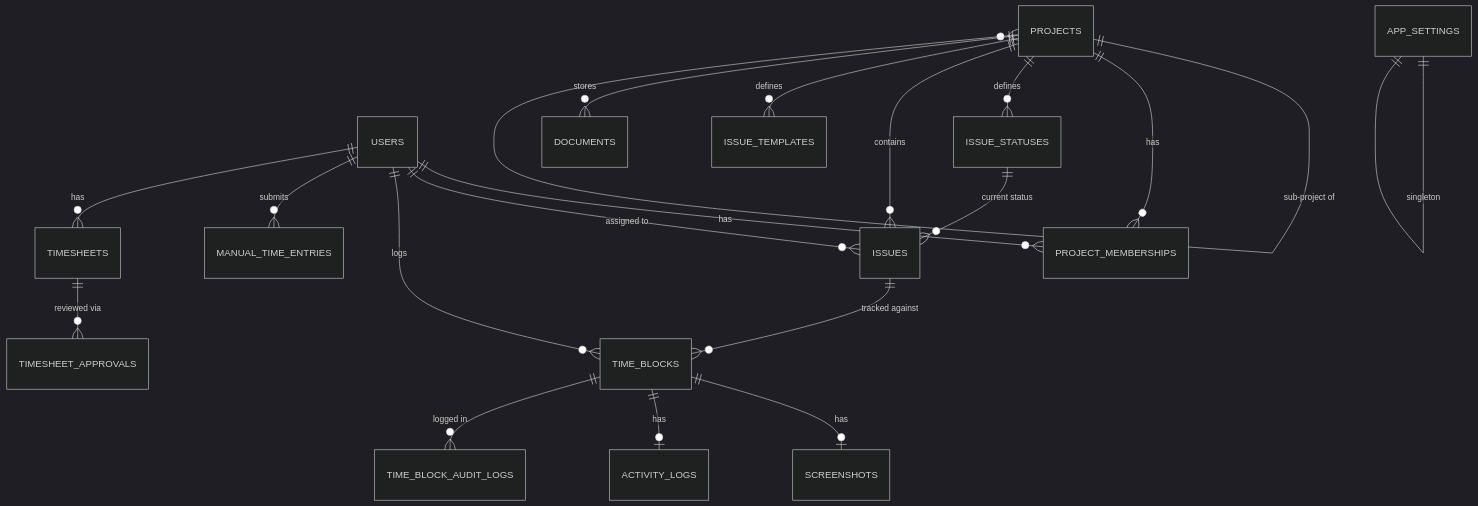
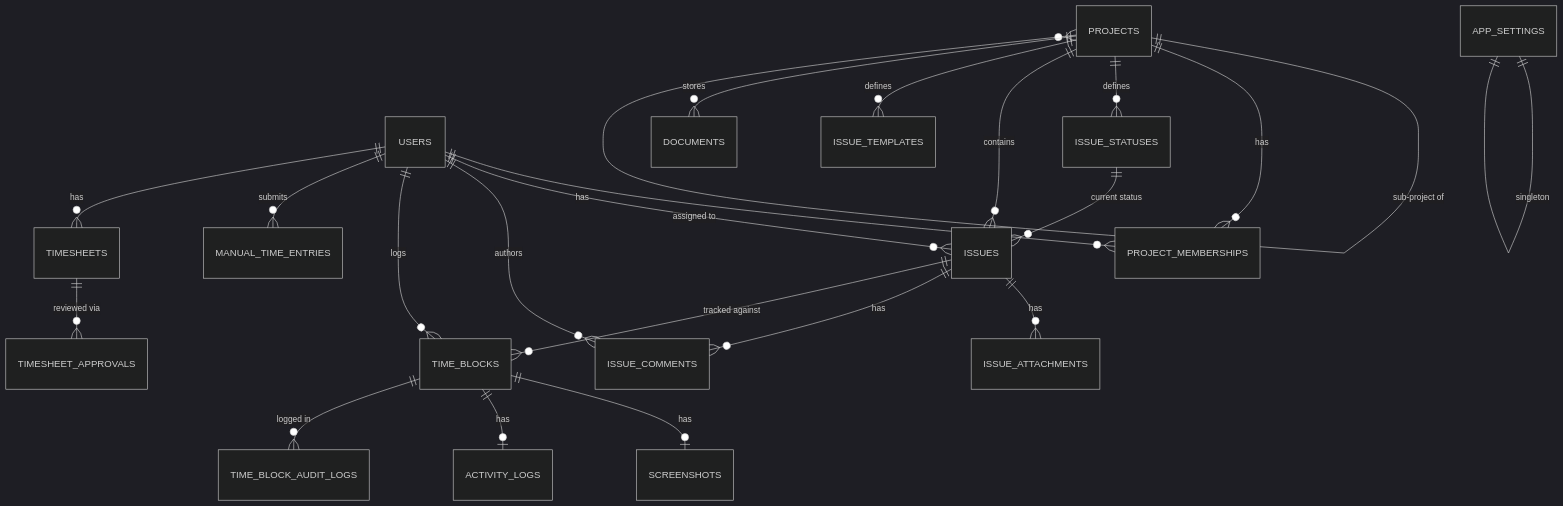
One commit to itshazlan/trackflow changed the third of 11 diagrams in SDD_Lean_Internal.md. Above: the diagram before and after it, drawn with Mermaid (dark theme). The commit also changed other lines of this file and 16 other files, not shown here.

Commit message:
feat: add unique key field to project schema and update related services and tests

````diff
--- a/SDD_Lean_Internal.md
+++ b/SDD_Lean_Internal.md
@@ -184,21 +184,24 @@
 ```mermaid
 erDiagram
     APP_SETTINGS ||--|| APP_SETTINGS : "singleton"
     USERS ||--o{ PROJECT_MEMBERSHIPS : has
     PROJECTS ||--o{ PROJECTS : "sub-project of"
     PROJECTS ||--o{ PROJECT_MEMBERSHIPS : has
     PROJECTS ||--o{ ISSUE_STATUSES : defines
     PROJECTS ||--o{ ISSUES : contains
     PROJECTS ||--o{ ISSUE_TEMPLATES : defines
     PROJECTS ||--o{ DOCUMENTS : stores
     ISSUE_STATUSES ||--o{ ISSUES : "current status"
     USERS ||--o{ ISSUES : "assigned to"
+    ISSUES ||--o{ ISSUE_ATTACHMENTS : has
+    ISSUES ||--o{ ISSUE_COMMENTS : has
+    USERS ||--o{ ISSUE_COMMENTS : authors
     USERS ||--o{ TIME_BLOCKS : logs
     ISSUES ||--o{ TIME_BLOCKS : "tracked against"
     TIME_BLOCKS ||--o| SCREENSHOTS : has
     TIME_BLOCKS ||--o| ACTIVITY_LOGS : has
     TIME_BLOCKS ||--o{ TIME_BLOCK_AUDIT_LOGS : "logged in"
     USERS ||--o{ MANUAL_TIME_ENTRIES : submits
     USERS ||--o{ TIMESHEETS : has
     TIMESHEETS ||--o{ TIMESHEET_APPROVALS : "reviewed via"
 ```
````
